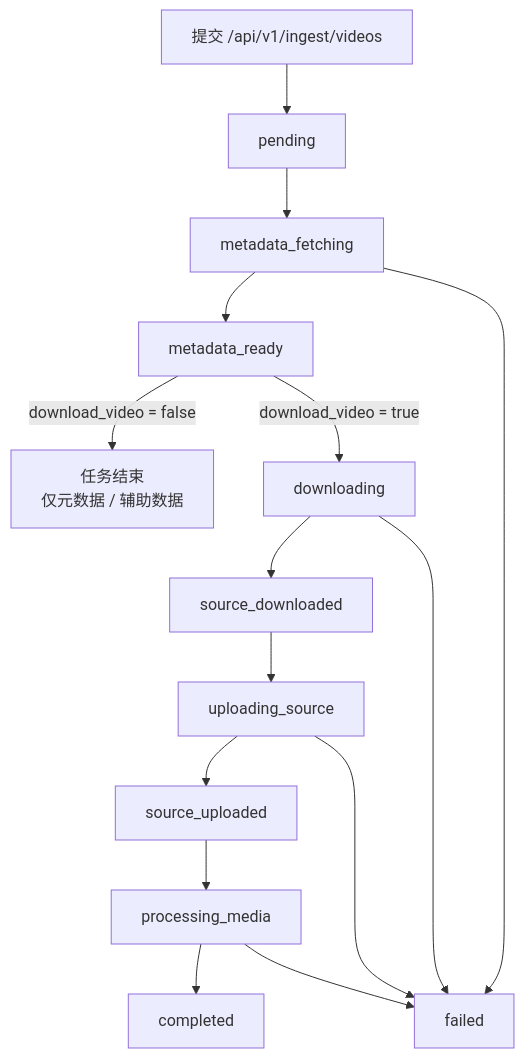
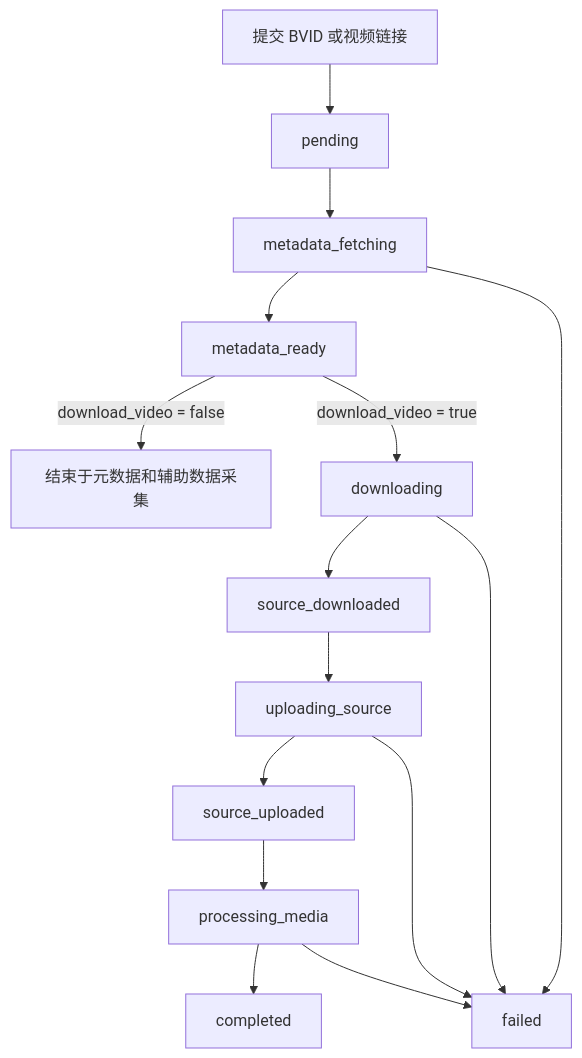
One commit to chenqianhe/bilibili-media-ingestion changed the second of 2 diagrams in README.md. Above: the diagram before and after it, drawn with Mermaid. The commit also changed other lines of this file and 22 other files, not shown here.

````diff
--- a/README.md
+++ b/README.md
@@ -79,17 +121,17 @@
 ```mermaid
 flowchart TD
-    A["提交 /api/v1/ingest/videos"] --> B["pending"]
+    A["提交 BVID 或视频链接"] --> B["pending"]
     B --> C["metadata_fetching"]
     C --> D["metadata_ready"]
-    D -->|"download_video = false"| E["任务结束<br/>仅元数据 / 辅助数据"]
+    D -->|"download_video = false"| E["结束于元数据和辅助数据采集"]
     D -->|"download_video = true"| F["downloading"]
     F --> G["source_downloaded"]
     G --> H["uploading_source"]
     H --> I["source_uploaded"]
     I --> J["processing_media"]
     J --> K["completed"]
     C --> X["failed"]
     F --> X
     H --> X
     J --> X
 ```
````
